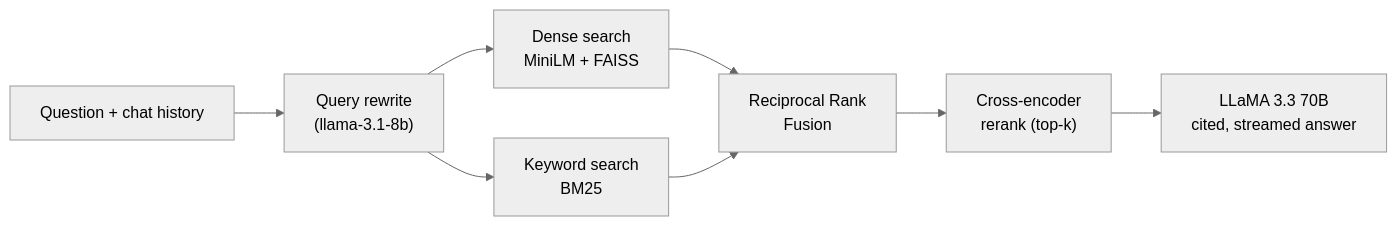
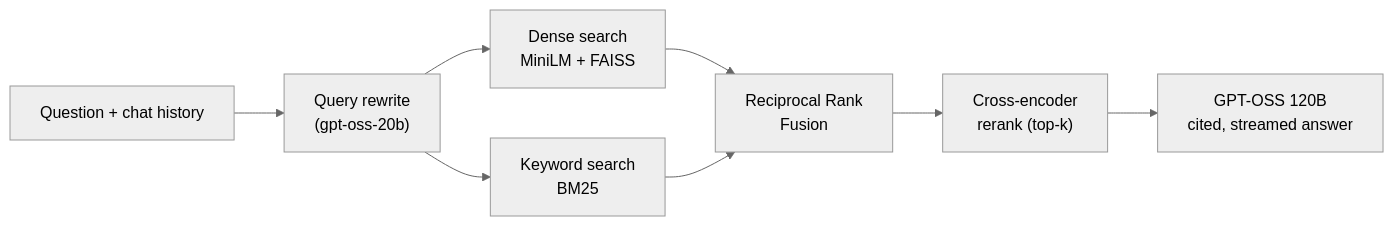
The diagram in README.md (animesh750/rag-chatbot), drawn with Mermaid (neutral theme) before and after one commit. The commit also changed other lines of this file and 17 other files, not shown here.

````diff
--- a/README.md
+++ b/README.md
@@ -28,10 +28,10 @@
 ```mermaid
 flowchart LR
-    Q["Question + chat history"] --> RW["Query rewrite<br/>(llama-3.1-8b)"]
+    Q["Question + chat history"] --> RW["Query rewrite<br/>(gpt-oss-20b)"]
     RW --> D["Dense search<br/>MiniLM + FAISS"]
     RW --> B["Keyword search<br/>BM25"]
     D --> F["Reciprocal Rank<br/>Fusion"]
     B --> F
     F --> R["Cross-encoder<br/>rerank (top-k)"]
-    R --> G["LLaMA 3.3 70B<br/>cited, streamed answer"]
+    R --> G["GPT-OSS 120B<br/>cited, streamed answer"]
 ```
````
